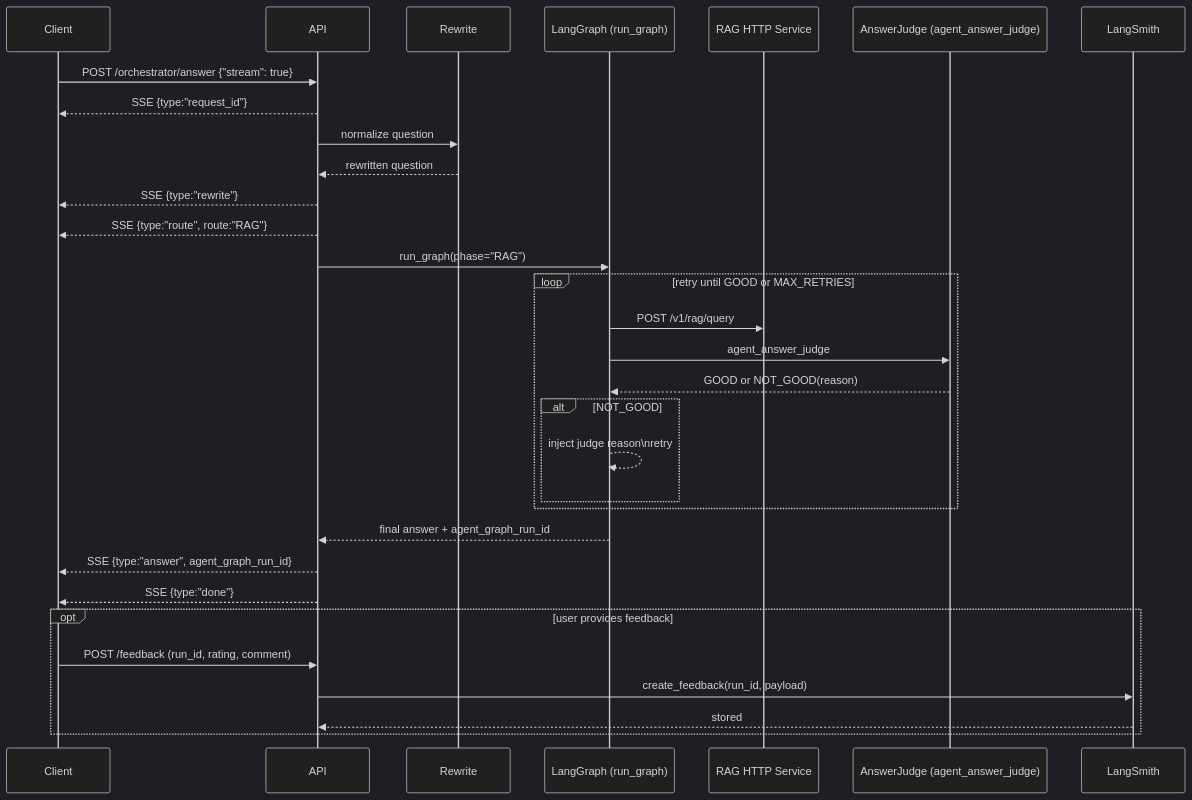
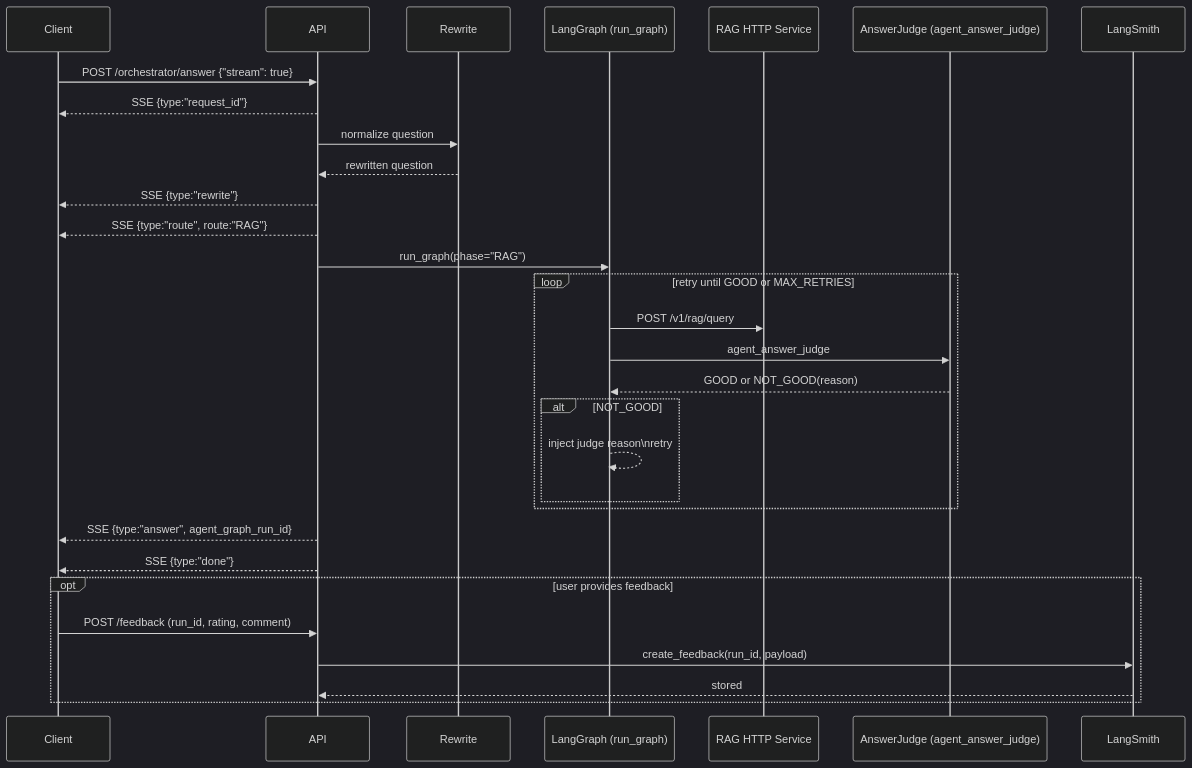
The diagram in docs/architecture.md (taixingbi/layer-orchestrator-v1), drawn with Mermaid (dark theme) before and after one commit. The commit also changed 3 other files, not shown here.

````diff
--- a/docs/architecture.md
+++ b/docs/architecture.md
@@ -166,39 +166,38 @@
 ```mermaid
 sequenceDiagram
   participant Client
   participant API
   participant Rewrite
   participant Graph as LangGraph (run_graph)
   participant RAG as RAG HTTP Service
   participant Judge as AnswerJudge (agent_answer_judge)
   participant LangSmith
 
   Client->>API: POST /orchestrator/answer {"stream": true}
   API-->>Client: SSE {type:"request_id"}
 
   API->>Rewrite: normalize question
   Rewrite-->>API: rewritten question
   API-->>Client: SSE {type:"rewrite"}
 
   API-->>Client: SSE {type:"route", route:"RAG"}
 
   API->>Graph: run_graph(phase="RAG")
   loop retry until GOOD or MAX_RETRIES
     Graph->>RAG: POST /v1/rag/query
     Graph->>Judge: agent_answer_judge
     Judge-->>Graph: GOOD or NOT_GOOD(reason)
     alt NOT_GOOD
       Graph-->>Graph: inject judge reason\nretry
     end
   end
 
-  Graph-->>API: final answer + agent_graph_run_id
   API-->>Client: SSE {type:"answer", agent_graph_run_id}
   API-->>Client: SSE {type:"done"}
 
   opt user provides feedback
     Client->>API: POST /feedback (run_id, rating, comment)
     API->>LangSmith: create_feedback(run_id, payload)
     LangSmith-->>API: stored
   end
 ```
````
